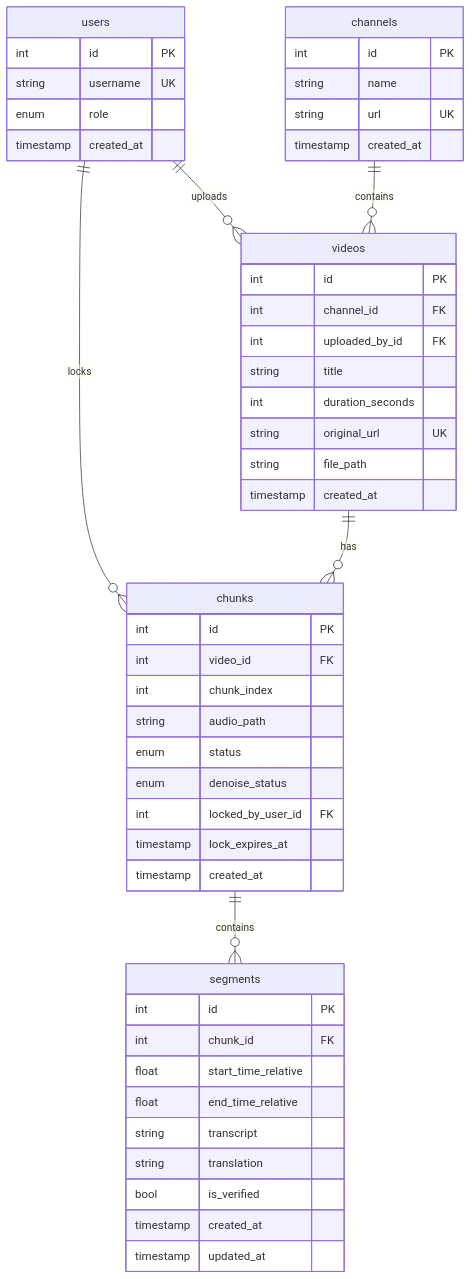
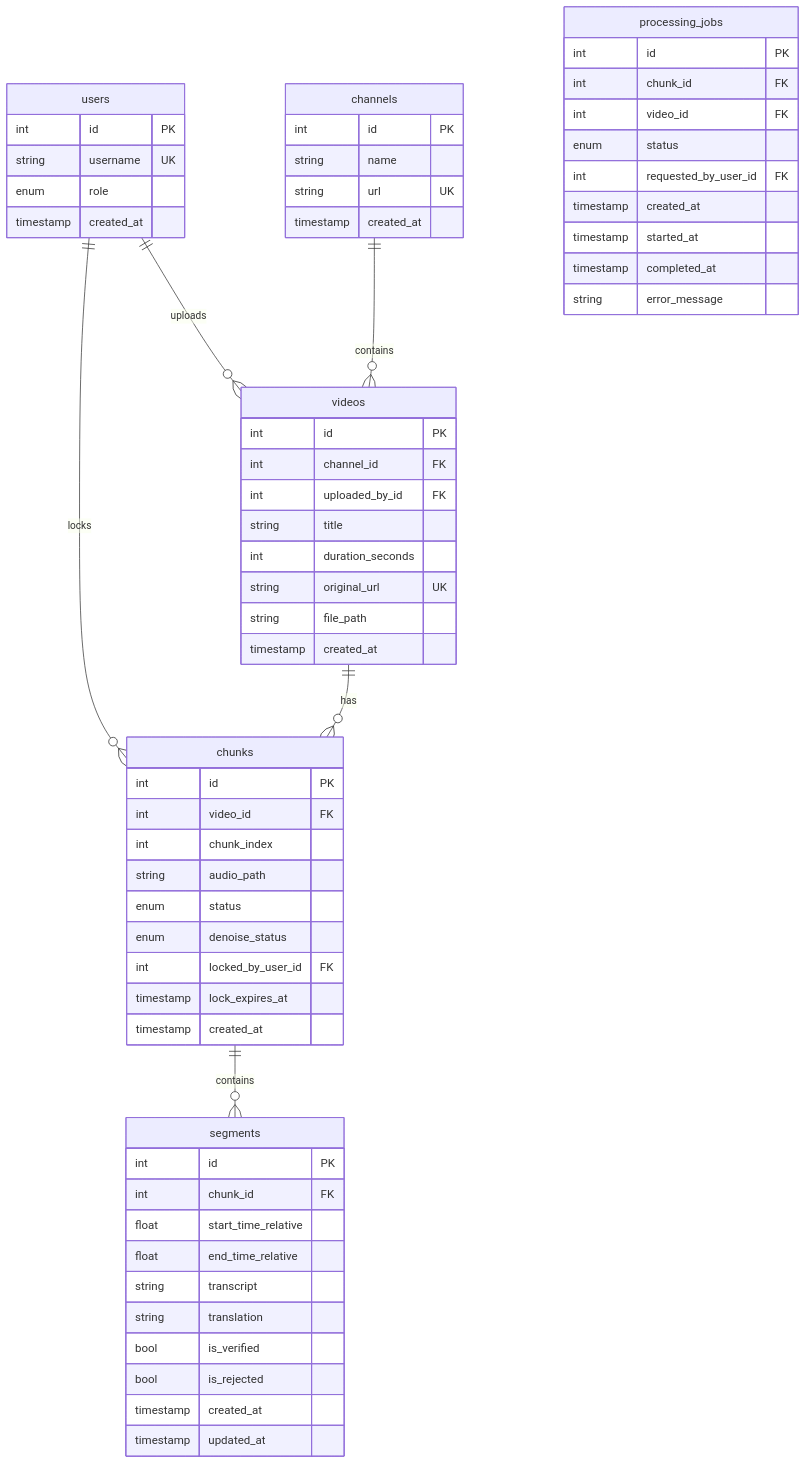
One commit to chienlax/final_nlp changed the first of 2 diagrams in docs/02_system-design.md. Above: the diagram before and after it, drawn with Mermaid. The commit also changed other lines of this file and 4 other files, not shown here.

````diff
--- a/docs/02_system-design.md
+++ b/docs/02_system-design.md
@@ -114,57 +114,70 @@
 ```mermaid
 erDiagram
     users ||--o{ videos : uploads
     users ||--o{ chunks : locks
     channels ||--o{ videos : contains
     videos ||--o{ chunks : has
     chunks ||--o{ segments : contains
 
     users {
         int id PK
         string username UK
         enum role
         timestamp created_at
     }
 
     channels {
         int id PK
         string name
         string url UK
         timestamp created_at
     }
 
     videos {
         int id PK
         int channel_id FK
         int uploaded_by_id FK
         string title
         int duration_seconds
         string original_url UK
         string file_path
         timestamp created_at
     }
 
     chunks {
         int id PK
         int video_id FK
         int chunk_index
         string audio_path
         enum status
         enum denoise_status
         int locked_by_user_id FK
         timestamp lock_expires_at
         timestamp created_at
     }
 
     segments {
         int id PK
         int chunk_id FK
         float start_time_relative
         float end_time_relative
         string transcript
         string translation
         bool is_verified
+        bool is_rejected
         timestamp created_at
         timestamp updated_at
     }
+
+    processing_jobs {
+        int id PK
+        int chunk_id FK
+        int video_id FK
+        enum status
+        int requested_by_user_id FK
+        timestamp created_at
+        timestamp started_at
+        timestamp completed_at
+        string error_message
+    }
 ```
````
